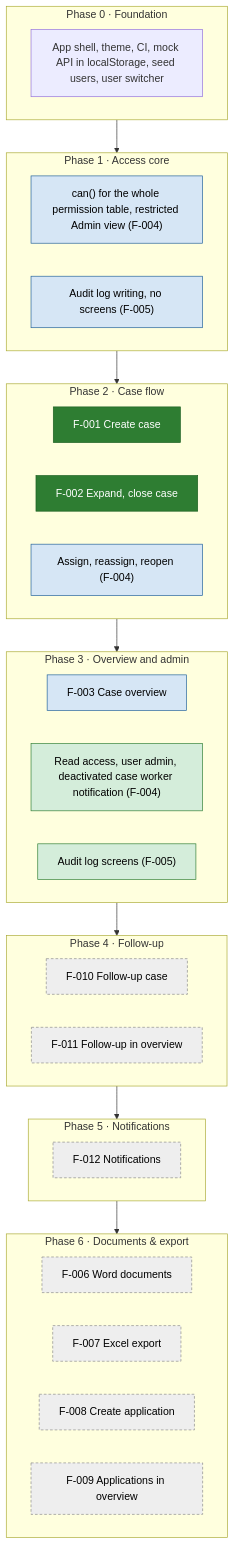
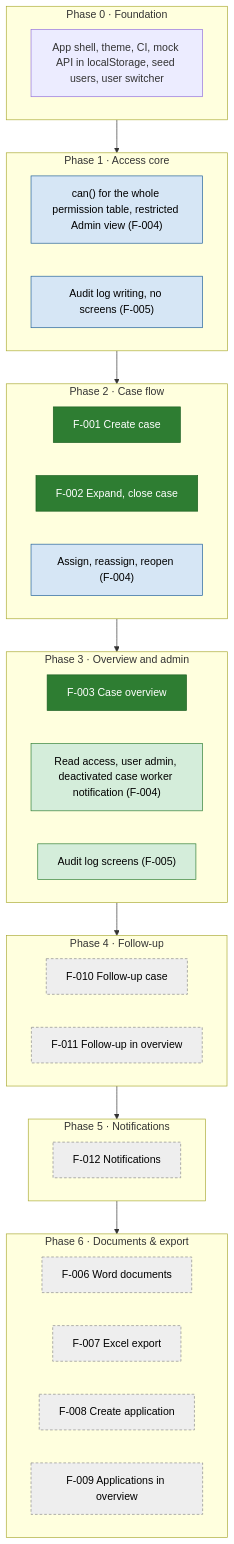
The first of 2 diagrams in docs/roadmap.md (TLS97/tines-case-management-system), drawn with Mermaid before and after one commit. The commit also changed other lines of this file and 12 other files, not shown here.

````diff
--- a/docs/roadmap.md
+++ b/docs/roadmap.md
@@ -10,43 +10,43 @@
 ```mermaid
 flowchart TD
   subgraph P0["Phase 0 · Foundation"]
     F0[App shell, theme, CI, mock API in localStorage, seed users, user switcher]
   end
   subgraph P1["Phase 1 · Access core"]
     P1a["can() for the whole permission table, restricted Admin view (F-004)"]
     P1b["Audit log writing, no screens (F-005)"]
   end
   subgraph P2["Phase 2 · Case flow"]
     F001[F-001 Create case]
     F002["F-002 Expand, close case"]
     P2a["Assign, reassign, reopen (F-004)"]
   end
   subgraph P3["Phase 3 · Overview and admin"]
     F003[F-003 Case overview]
     P3a["Read access, user admin, deactivated case worker notification (F-004)"]
     P3b["Audit log screens (F-005)"]
   end
   subgraph P4["Phase 4 · Follow-up"]
     F010[F-010 Follow-up case]
     F011[F-011 Follow-up in overview]
   end
   subgraph P5["Phase 5 · Notifications"]
     F012[F-012 Notifications]
   end
   subgraph P6["Phase 6 · Documents & export"]
     F006[F-006 Word documents]
     F007[F-007 Excel export]
     F008[F-008 Create application]
     F009[F-009 Applications in overview]
   end
   P0 --> P1 --> P2 --> P3 --> P4 --> P5 --> P6
 
   classDef approved fill:#d4edda,stroke:#2e7d32,color:#000
   classDef draft fill:#eeeeee,stroke:#888,stroke-dasharray:4 3,color:#000
   classDef inprogress fill:#d6e6f5,stroke:#1f5f99,color:#000
   classDef done fill:#2e7d32,stroke:#1b5e20,color:#fff
   class P3a,P3b approved
-  class P1a,P1b,P2a,F003 inprogress
-  class F001,F002 done
+  class P1a,P1b,P2a inprogress
+  class F001,F002,F003 done
   class F006,F007,F008,F009,F010,F011,F012 draft
 ```
````
